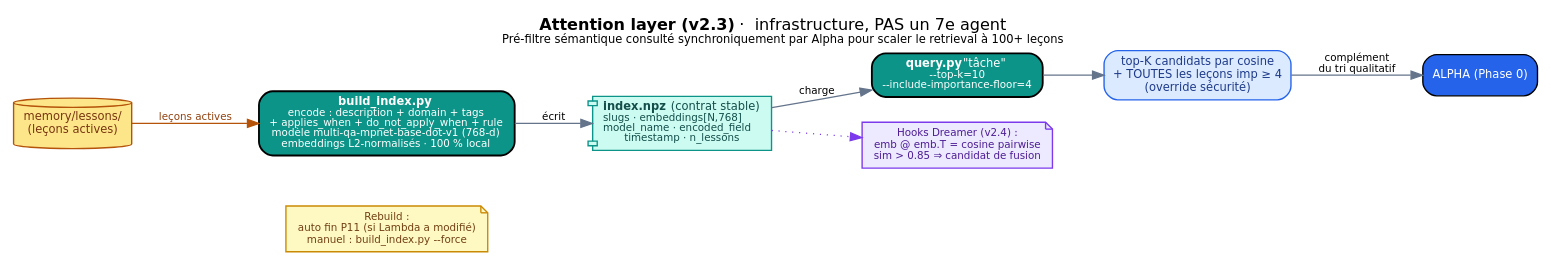
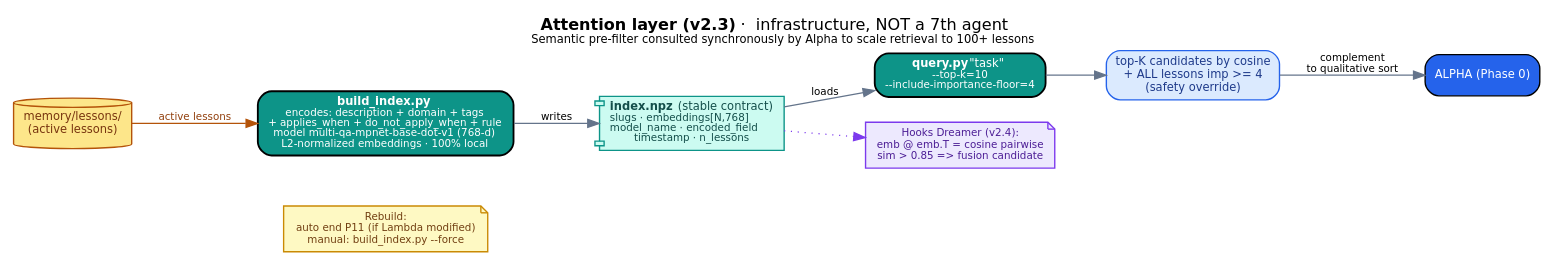
One commit to varma61923/commontrace-v2 changed the diagram in assets/attention_layer.dot. Above: the diagram before and after it, drawn with Graphviz. The commit also changed 34 other files, not shown here.

```diff
--- a/assets/attention_layer.dot
+++ b/assets/attention_layer.dot
@@ -1,41 +1,41 @@
 digraph attention_layer {
   rankdir=LR;
   bgcolor="white";
   fontname="DejaVu Sans";
   labelloc="t";
   fontsize=14;
-  label=<<b>Attention layer (v2.3)</b>  ·  infrastructure, PAS un 7e agent<br/><font point-size="10">Pré-filtre sémantique consulté synchroniquement par Alpha pour scaler le retrieval à 100+ leçons</font>>;
+  label=<<b>Attention layer (v2.3)</b>  ·  infrastructure, NOT a 7th agent<br/><font point-size="10">Semantic pre-filter consulted synchronously by Alpha to scale retrieval to 100+ lessons</font>>;
   nodesep=0.3;
   ranksep=0.6;
 
   node [fontname="DejaVu Sans", fontsize=10, shape=box, style="rounded,filled", penwidth=1.2, margin="0.12,0.07"];
   edge [fontname="DejaVu Sans", fontsize=9, color="#64748b", penwidth=1.1];
 
   // ----- build path -----
-  lessons [label="memory/lessons/\n(leçons actives)", shape=cylinder, fillcolor="#fde68a", color="#b45309", fontcolor="#78350f"];
-  build [label=<<b>build_index.py</b><br/><font point-size="9">encode : description + domain + tags<br/>+ applies_when + do_not_apply_when + rule<br/>modèle multi-qa-mpnet-base-dot-v1 (768-d)<br/>embeddings L2-normalisés · 100 % local</font>>,
+  lessons [label="memory/lessons/\n(active lessons)", shape=cylinder, fillcolor="#fde68a", color="#b45309", fontcolor="#78350f"];
+  build [label=<<b>build_index.py</b><br/><font point-size="9">encodes: description + domain + tags<br/>+ applies_when + do_not_apply_when + rule<br/>model multi-qa-mpnet-base-dot-v1 (768-d)<br/>L2-normalized embeddings · 100% local</font>>,
          fillcolor="#0d9488", fontcolor="white", penwidth=1.6];
-  index [label=<<b>index.npz</b>  (contrat stable)<br align="left"/><font point-size="9">slugs · embeddings[N,768]<br align="left"/>model_name · encoded_field<br align="left"/>timestamp · n_lessons</font>>,
+  index [label=<<b>index.npz</b>  (stable contract)<br align="left"/><font point-size="9">slugs · embeddings[N,768]<br align="left"/>model_name · encoded_field<br align="left"/>timestamp · n_lessons</font>>,
          shape=component, fillcolor="#ccfbf1", color="#0d9488", fontcolor="#134e4a"];
 
   // ----- query path -----
-  query [label=<<b>query.py</b> "tâche"<br/><font point-size="9">--top-k=10<br/>--include-importance-floor=4</font>>,
+  query [label=<<b>query.py</b> "task"<br/><font point-size="9">--top-k=10<br/>--include-importance-floor=4</font>>,
          fillcolor="#0d9488", fontcolor="white", penwidth=1.6];
   alpha [label="ALPHA (Phase 0)", fillcolor="#2563eb", fontcolor="white"];
-  out [label="top-K candidats par cosine\n+ TOUTES les leçons imp ≥ 4\n(override sécurité)", fillcolor="#dbeafe", color="#2563eb", fontcolor="#1e3a8a"];
+  out [label="top-K candidates by cosine\n+ ALL lessons imp >= 4\n(safety override)", fillcolor="#dbeafe", color="#2563eb", fontcolor="#1e3a8a"];
 
   // ----- triggers / hooks -----
-  rebuild [label="Rebuild :\nauto fin P11 (si Lambda a modifié)\nmanuel : build_index.py --force",
+  rebuild [label="Rebuild:\nauto end P11 (if Lambda modified)\nmanual: build_index.py --force",
            shape=note, fillcolor="#fef9c3", color="#ca8a04", fontcolor="#713f12", fontsize=9];
-  hooks [label="Hooks Dreamer (v2.4) :\nemb @ emb.T = cosine pairwise\nsim > 0.85 ⇒ candidat de fusion",
+  hooks [label="Hooks Dreamer (v2.4):\nemb @ emb.T = cosine pairwise\nsim > 0.85 => fusion candidate",
          shape=note, fillcolor="#ede9fe", color="#7c3aed", fontcolor="#4c1d95", fontsize=9];
 
-  lessons -> build [label=" leçons actives", color="#b45309", fontcolor="#92400e"];
-  build -> index [label=" écrit"];
-  index -> query [label=" charge"];
+  lessons -> build [label=" active lessons", color="#b45309", fontcolor="#92400e"];
+  build -> index [label=" writes"];
+  index -> query [label=" loads"];
   query -> out;
-  out -> alpha [label=" complément\n du tri qualitatif"];
+  out -> alpha [label=" complement\n to qualitative sort"];
   index -> hooks [style=dotted, color="#7c3aed"];
   build -> rebuild [style=invis];
   { rank=same; build; rebuild; }
 }
```
